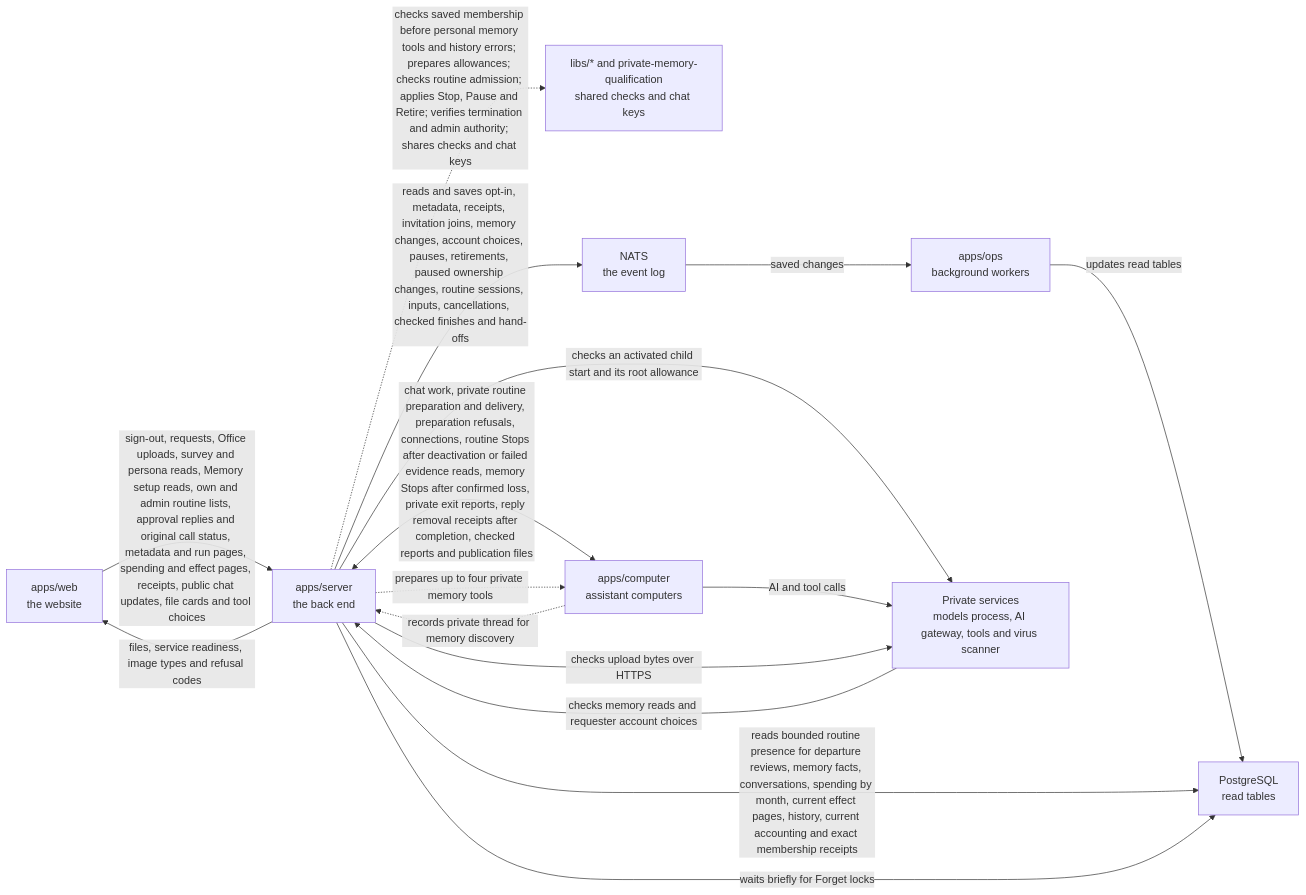
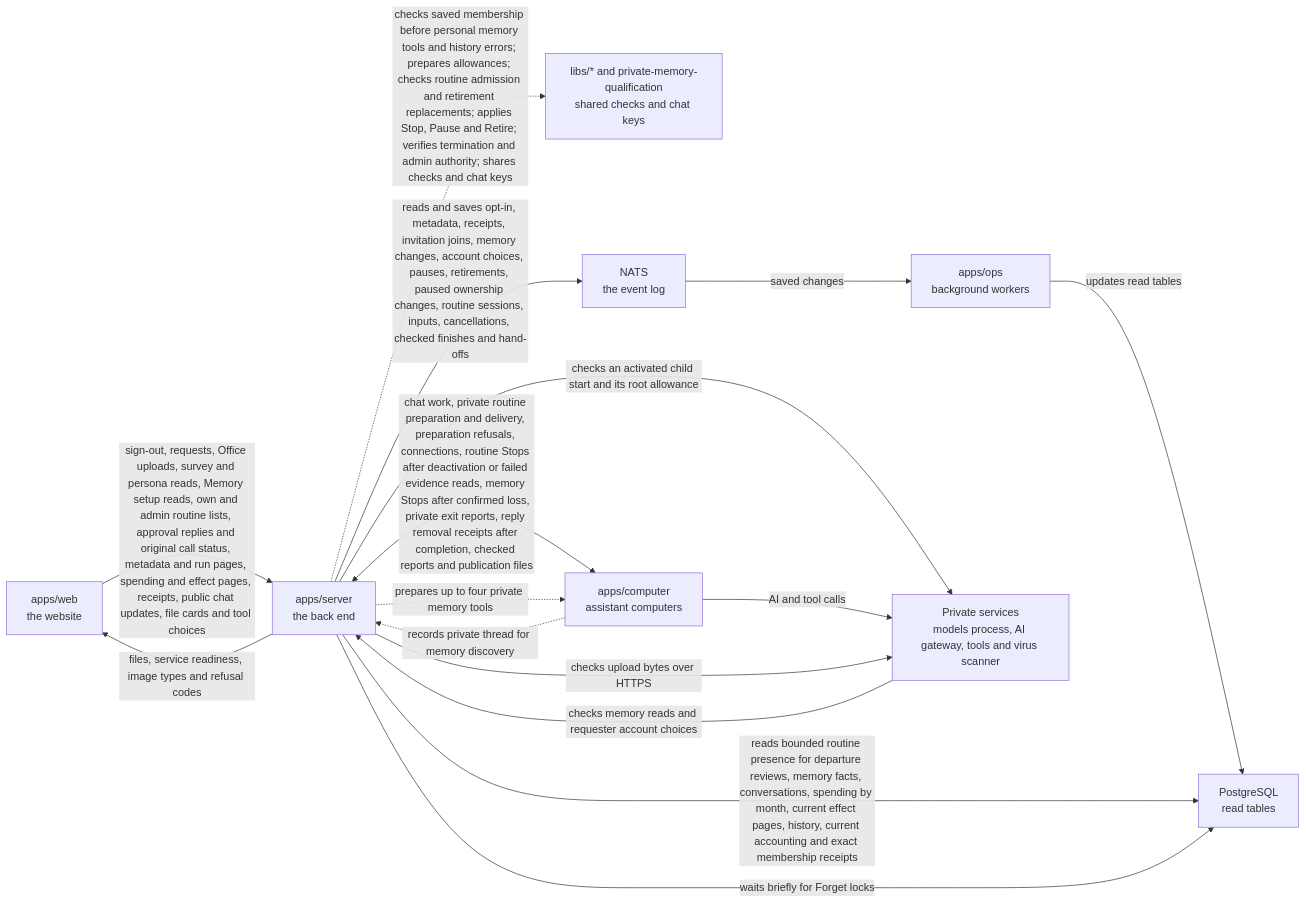
One commit to elewa-git/opencrane-new changed the diagram in apps/server/README.md. Above: the diagram before and after it, drawn with Mermaid. The commit also changed other lines of this file and 9 other files, not shown here.

Commit message:
🔧 Validate bounded provider retirement replacements

````diff
--- a/apps/server/README.md
+++ b/apps/server/README.md
@@ -196,18 +196,18 @@
 ```mermaid
 flowchart LR
   web["apps/web<br/>the website"] -->|sign-out, requests, Office uploads, survey and persona reads, Memory setup reads, own and admin routine lists, approval replies and original call status, metadata and run pages, spending and effect pages, receipts, public chat updates, file cards and tool choices| server["apps/server<br/>the back end"]
-  server -.->|checks saved membership before personal memory tools and history errors; prepares allowances; checks routine admission; applies Stop, Pause and Retire; verifies termination and admin authority; shares checks and chat keys| libs["libs/* and private-memory-qualification<br/>shared checks and chat keys"]
+  server -.->|checks saved membership before personal memory tools and history errors; prepares allowances; checks routine admission and retirement replacements; applies Stop, Pause and Retire; verifies termination and admin authority; shares checks and chat keys| libs["libs/* and private-memory-qualification<br/>shared checks and chat keys"]
   server -->|reads and saves opt-in, metadata, receipts, invitation joins, memory changes, account choices, pauses, retirements, paused ownership changes, routine sessions, inputs, cancellations, checked finishes and hand-offs| nats["NATS<br/>the event log"]
   nats -->|saved changes| ops["apps/ops<br/>background workers"]
   ops -->|updates read tables| postgres["PostgreSQL<br/>read tables"]
   server -->|reads bounded routine presence for departure reviews, memory facts, conversations, spending by month, current effect pages, history, current accounting and exact membership receipts| postgres
   server -->|waits briefly for Forget locks| postgres
   server <-->|chat work, private routine preparation and delivery, preparation refusals, connections, routine Stops after deactivation or failed evidence reads, memory Stops after confirmed loss, private exit reports, reply removal receipts after completion, checked reports and publication files| computer["apps/computer<br/>assistant computers"]
   server -->|checks an activated child start and its root allowance| runtime
   computer -.->|records private thread for memory discovery| server
   server -.->|prepares up to four private memory tools| computer
   computer -->|AI and tool calls| runtime["Private services<br/>models process, AI gateway, tools and virus scanner"]
   server -->|files, service readiness, image types and refusal codes| web
   server -->|checks upload bytes over HTTPS| runtime
   runtime -->|checks memory reads and requester account choices| server
 ```
````
